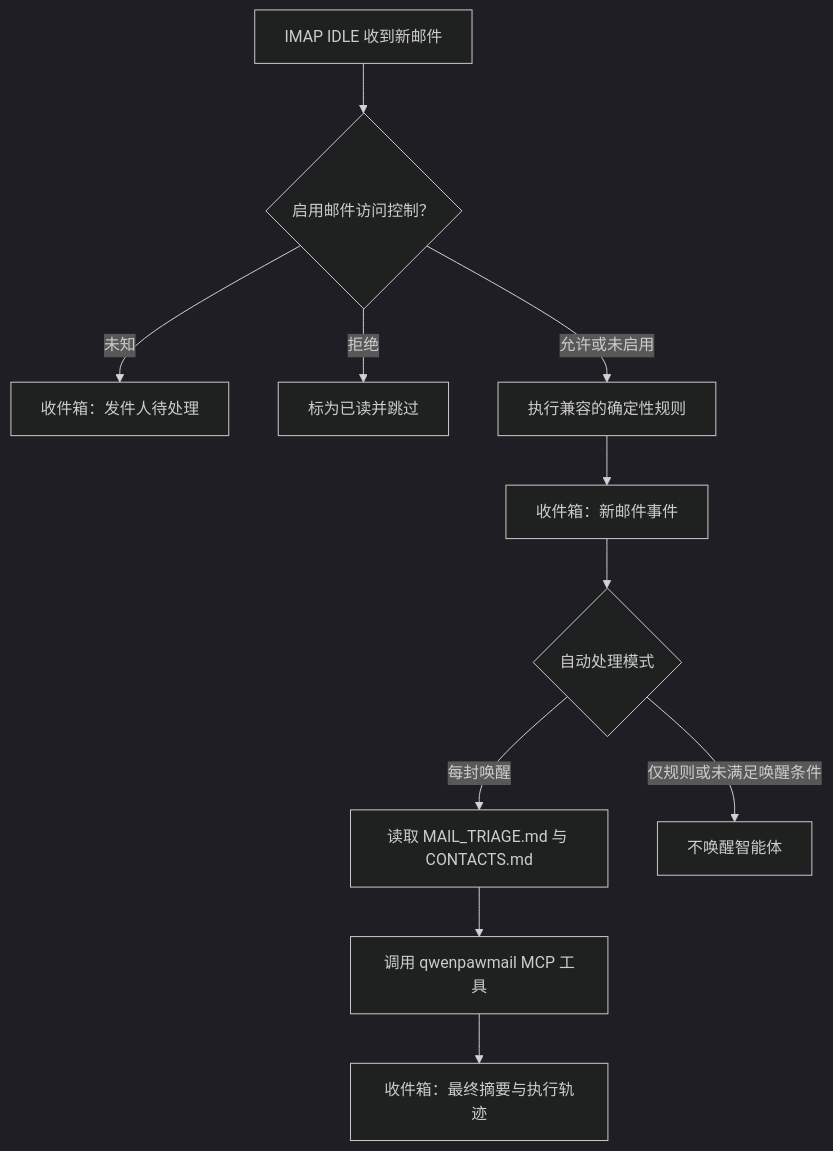
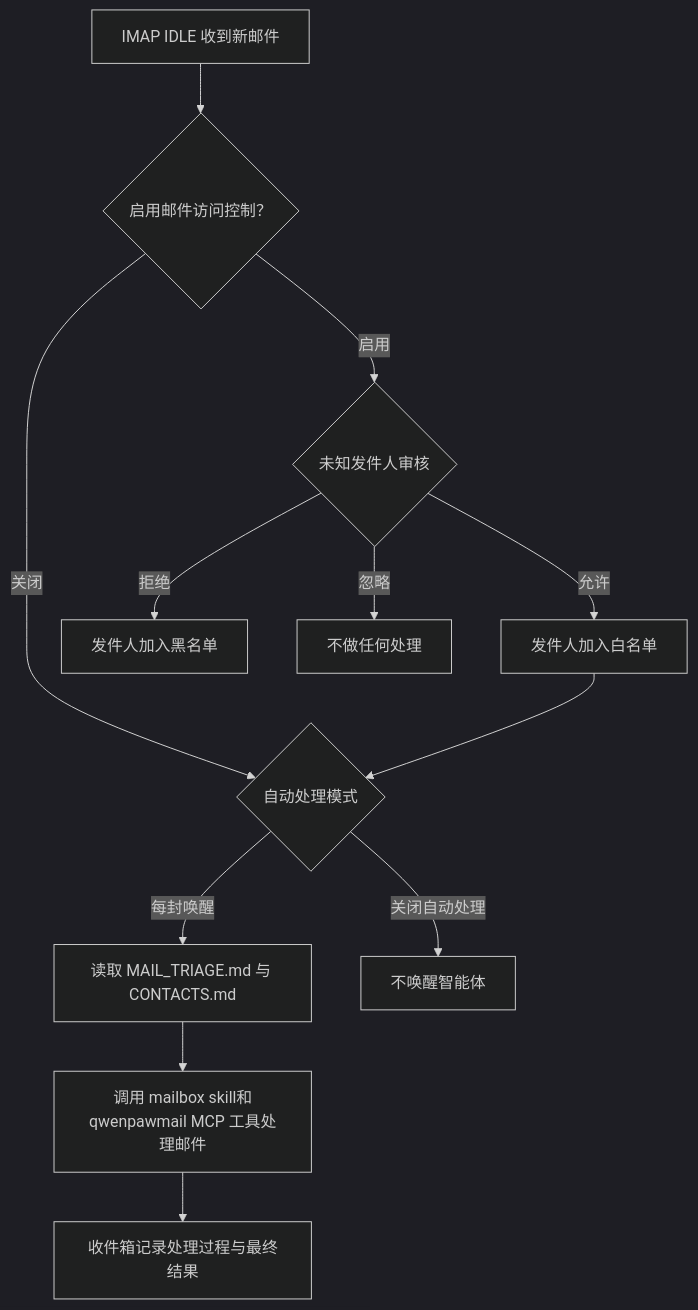
The diagram in website/public/docs/mailbox.zh.md (Luohh5/QwenPaw), drawn with Mermaid (dark theme) before and after one commit. The commit also changed other lines of this file, not shown here.

Commit message:
modify chinese doc of mailbox

````diff
--- a/website/public/docs/mailbox.zh.md
+++ b/website/public/docs/mailbox.zh.md
@@ -172,13 +172,14 @@
 ```mermaid
 flowchart TD
     A["IMAP IDLE 收到新邮件"] --> B{"启用邮件访问控制？"}
-    B -->|"未知"| C["收件箱：发件人待处理"]
-    B -->|"拒绝"| D["标为已读并跳过"]
-    B -->|"允许或未启用"| E["执行兼容的确定性规则"]
-    E --> F["收件箱：新邮件事件"]
-    F --> G{"自动处理模式"}
-    G -->|"每封唤醒"| H["读取 MAIL_TRIAGE.md 与 CONTACTS.md"]
-    G -->|"仅规则或未满足唤醒条件"| I["不唤醒智能体"]
-    H --> J["调用 qwenpawmail MCP 工具"]
-    J --> K["收件箱：最终摘要与执行轨迹"]
+    B -->|"关闭"| I["收件箱：新邮件事件"]
+    B -->|"启用"| E{"未知发件人审核"}
+    E -->|"允许"| F["发件人加入白名单"]
+    E -->|"拒绝"| G["发件人加入黑名单"]
+    E -->|"忽略"| H["不做任何处理"]
+    F --> I{"自动处理模式"}
+    I -->|"每封唤醒"| J["读取 MAIL_TRIAGE.md 与 CONTACTS.md"]
+    I -->|"关闭自动处理"| K["不唤醒智能体"]
+    J --> L["调用 mailbox skill和qwenpawmail MCP 工具处理邮件"]
+    L --> M["收件箱记录处理过程与最终结果"]
 ```
````
